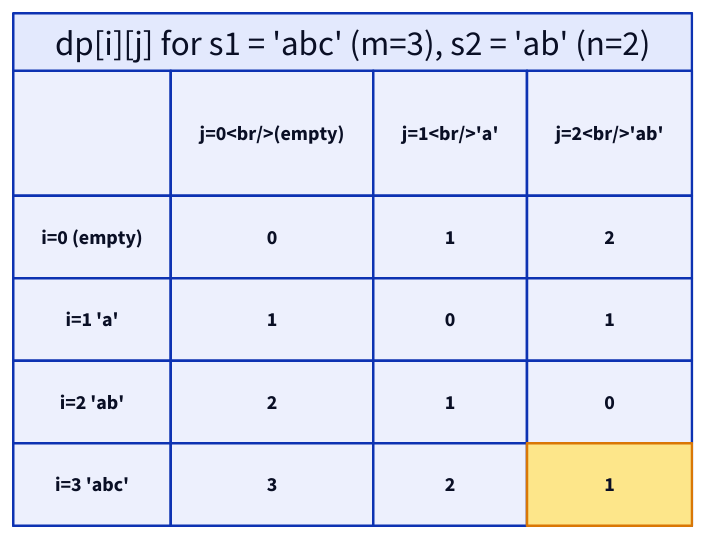
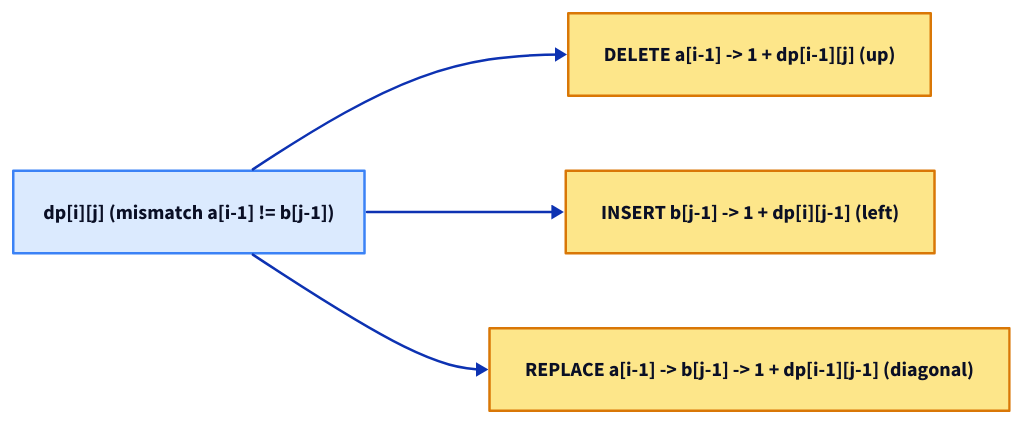
The diagram in content/cortex/data-structures-and-algorithms/05-algorithms-by-strategy/05-dynamic-programming/05-edit-distance.md (ani2fun/codefolio), drawn with D2 before and after one commit. The commit also changed other lines of this file and 1049 other files, not shown here.

````diff
--- a/content/cortex/data-structures-and-algorithms/05-algorithms-by-strategy/05-dynamic-programming/05-edit-distance.md
+++ b/content/cortex/data-structures-and-algorithms/05-algorithms-by-strategy/05-dynamic-programming/05-edit-distance.md
@@ -131,28 +63,10 @@
 ```d2
 direction: right
-table: "dp[i][j] for s1 = 'abc' (m=3), s2 = 'ab' (n=2)" {
-  grid-rows: 5
-  grid-columns: 4
-  grid-gap: 0
-  h0: ""
-  h1: "j=0<br/>(empty)"
-  h2: "j=1<br/>'a'"
-  h3: "j=2<br/>'ab'"
-  r0: "i=0 (empty)"
-  v00: "0"
-  v01: "1"
-  v02: "2"
-  r1: "i=1 'a'"
-  v10: "1"
-  v11: "0"
-  v12: "1"
-  r2: "i=2 'ab'"
-  v20: "2"
-  v21: "1"
-  v22: "0"
-  r3: "i=3 'abc'"
-  v30: "3"
-  v31: "2"
-  v32: "1" {style.fill: "#fde68a"; style.stroke: "#d97706"}
-}
+cell: "dp[i][j]  (mismatch a[i-1] != b[j-1])" {style.fill: "#dbeafe"; style.stroke: "#3b82f6"}
+del: "DELETE a[i-1]  ->  1 + dp[i-1][j]   (up)" {style.fill: "#fde68a"; style.stroke: "#d97706"}
+ins: "INSERT b[j-1]  ->  1 + dp[i][j-1]   (left)" {style.fill: "#fde68a"; style.stroke: "#d97706"}
+rep: "REPLACE a[i-1] -> b[j-1]  ->  1 + dp[i-1][j-1]   (diagonal)" {style.fill: "#fde68a"; style.stroke: "#d97706"}
+cell -> del
+cell -> ins
+cell -> rep
 ```
````
